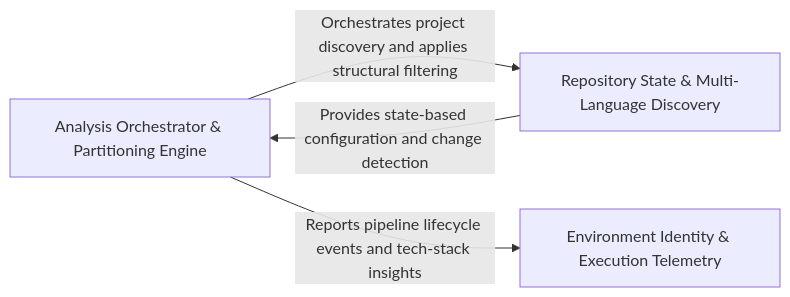
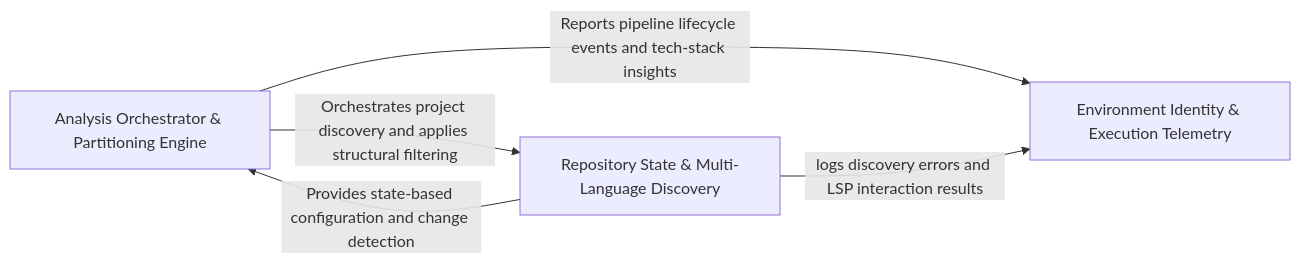
One commit to CodeBoarding/CodeBoarding changed the diagram in .codeboarding/Static_Analysis_Engine_Repository_Utilities.md. Above: the diagram before and after it, drawn with Mermaid. The commit also changed other lines of this file and 15 other files, not shown here.

Commit message:
chore(codeboarding): sync architecture baseline

````diff
--- a/.codeboarding/Static_Analysis_Engine_Repository_Utilities.md
+++ b/.codeboarding/Static_Analysis_Engine_Repository_Utilities.md
@@ -1,10 +1,11 @@
 ```mermaid
 graph LR
     Analysis_Orchestrator_Partitioning_Engine["Analysis Orchestrator & Partitioning Engine"]
     Repository_State_Multi_Language_Discovery["Repository State & Multi-Language Discovery"]
     Environment_Identity_Execution_Telemetry["Environment Identity & Execution Telemetry"]
     Analysis_Orchestrator_Partitioning_Engine -- "Orchestrates project discovery and applies structural filtering" --> Repository_State_Multi_Language_Discovery
     Analysis_Orchestrator_Partitioning_Engine -- "Reports pipeline lifecycle events and tech-stack insights" --> Environment_Identity_Execution_Telemetry
     Repository_State_Multi_Language_Discovery -- "Provides state-based configuration and change detection" --> Analysis_Orchestrator_Partitioning_Engine
+    Repository_State_Multi_Language_Discovery -- "logs discovery errors and LSP interaction results" --> Environment_Identity_Execution_Telemetry
     click Analysis_Orchestrator_Partitioning_Engine href "https://github.com/CodeBoarding/CodeBoarding/blob/main/.codeboarding/Analysis_Orchestrator_Partitioning_Engine.md" "Details"
 ```
````
